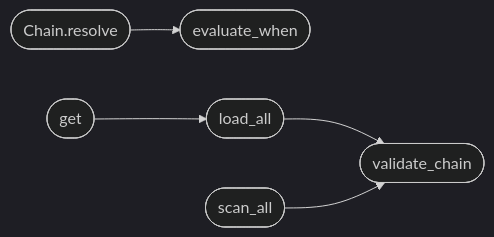
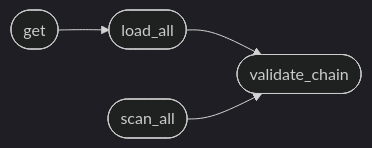
Before and after one commit to grisuno/LazyOwn: the second of 2 diagrams in readmenator-apidocs/modules/modules.chain_registry.py.md, drawn with Mermaid (dark theme). The commit also changed other lines of this file and 434 other files, not shown here.

````diff
--- a/readmenator-apidocs/modules/modules.chain_registry.py.md
+++ b/readmenator-apidocs/modules/modules.chain_registry.py.md
@@ -76,13 +76,10 @@
 ```mermaid
 flowchart LR
-    n_modules_chain_registry_py__Chain_resolve(["Chain.resolve"])
-    n_modules_chain_registry_py__evaluate_when(["evaluate_when"])
     n_modules_chain_registry_py__load_all(["load_all"])
     n_modules_chain_registry_py__validate_chain(["validate_chain"])
     n_modules_chain_registry_py__get(["get"])
     n_modules_chain_registry_py__scan_all(["scan_all"])
-    n_modules_chain_registry_py__Chain_resolve --> n_modules_chain_registry_py__evaluate_when
     n_modules_chain_registry_py__load_all --> n_modules_chain_registry_py__validate_chain
     n_modules_chain_registry_py__get --> n_modules_chain_registry_py__load_all
     n_modules_chain_registry_py__scan_all --> n_modules_chain_registry_py__validate_chain
 ```
````
